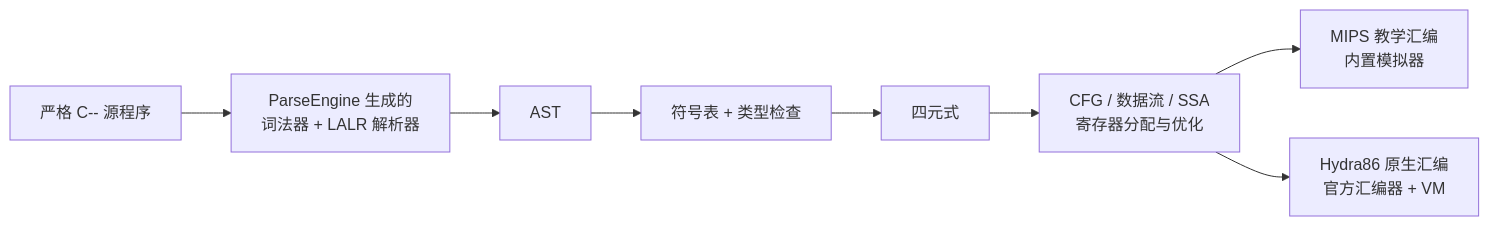
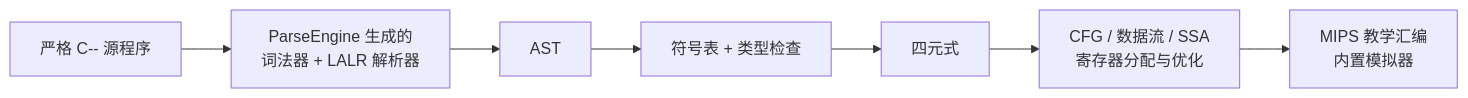
The diagram in project/lab_report_nju/README.md (rabbitc999/ParseEngine), drawn with Mermaid before and after one commit. The commit also changed other lines of this file and 21 other files, not shown here.

````diff
--- a/project/lab_report_nju/README.md
+++ b/project/lab_report_nju/README.md
@@ -12,10 +12,9 @@
 ```mermaid
 flowchart LR
     C["严格 C-- 源程序"] --> P["ParseEngine 生成的<br/>词法器 + LALR 解析器"]
     P --> A["AST"]
     A --> S["符号表 + 类型检查"]
     S --> Q["四元式"]
     Q --> B["CFG / 数据流 / SSA<br/>寄存器分配与优化"]
     B --> M["MIPS 教学汇编<br/>内置模拟器"]
-    B --> H["Hydra86 原生汇编<br/>官方汇编器 + VM"]
 ```
````
